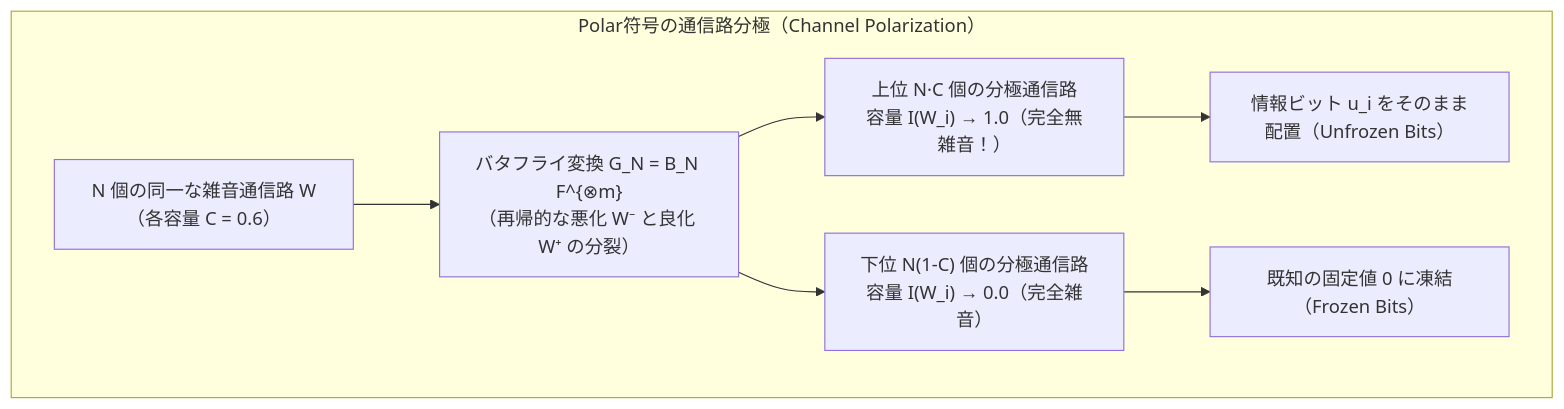
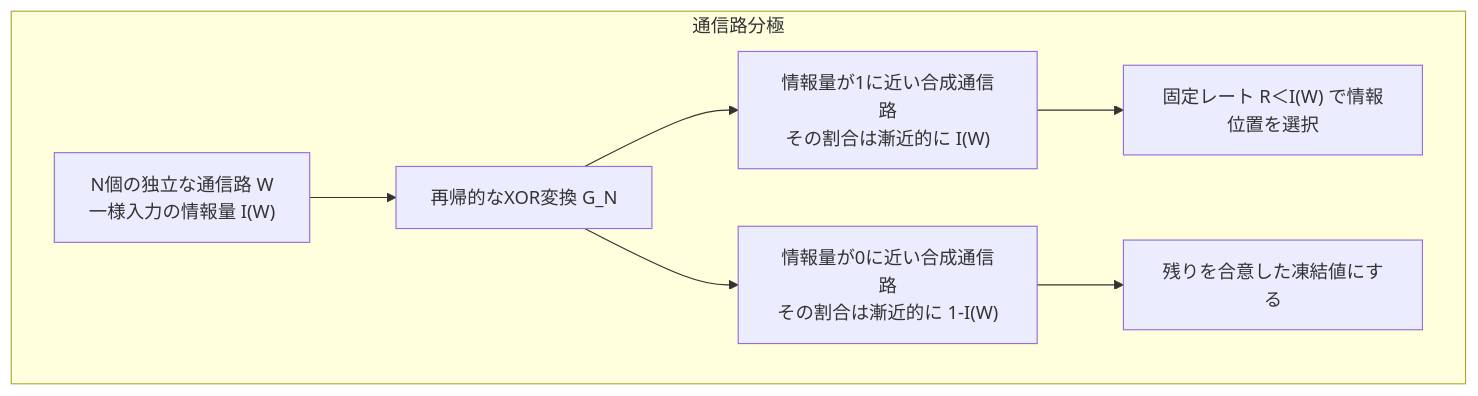
One commit to kenjinote/blog changed the fourth of 4 diagrams in content/post/error-correcting-codes-hamming-reed-solomon-ldpc-shannon-capacity-information-theory/index.ja.md. Above: the diagram before and after it, drawn with Mermaid. The commit also changed other lines of this file and 30 other files, not shown here.

````diff
--- a/content/post/error-correcting-codes-hamming-reed-solomon-ldpc-shannon-capacity-information-theory/index.ja.md
+++ b/content/post/error-correcting-codes-hamming-reed-solomon-ldpc-shannon-capacity-information-theory/index.ja.md
@@ -409,10 +666,10 @@
 ```mermaid
 flowchart TD
-    subgraph Polar["Polar符号の通信路分極（Channel Polarization）"]
-        W["N 個の同一な雑音通信路 W（各容量 C = 0.6）"] --> Kron["バタフライ変換 G_N = B_N F^{⊗m}<br/>（再帰的な悪化 W⁻ と良化 W⁺ の分裂）"]
-        Kron --> Good["上位 N·C 個の分極通信路<br/>容量 I(W_i) → 1.0（完全無雑音！）"]
-        Kron --> Bad["下位 N(1-C) 個の分極通信路<br/>容量 I(W_i) → 0.0（完全雑音）"]
-        Good --> Info["情報ビット u_i をそのまま配置（Unfrozen Bits）"]
-        Bad --> Frozen["既知の固定値 0 に凍結（Frozen Bits）"]
+    subgraph Polar["通信路分極"]
+        W["N個の独立な通信路 W<br/>一様入力の情報量 I(W)"] --> Kron["再帰的なXOR変換 G_N"]
+        Kron --> Good["情報量が1に近い合成通信路<br/>その割合は漸近的に I(W)"]
+        Kron --> Bad["情報量が0に近い合成通信路<br/>その割合は漸近的に 1-I(W)"]
+        Good --> Info["固定レート R＜I(W) で情報位置を選択"]
+        Bad --> Frozen["残りを合意した凍結値にする"]
     end
 ```
````
